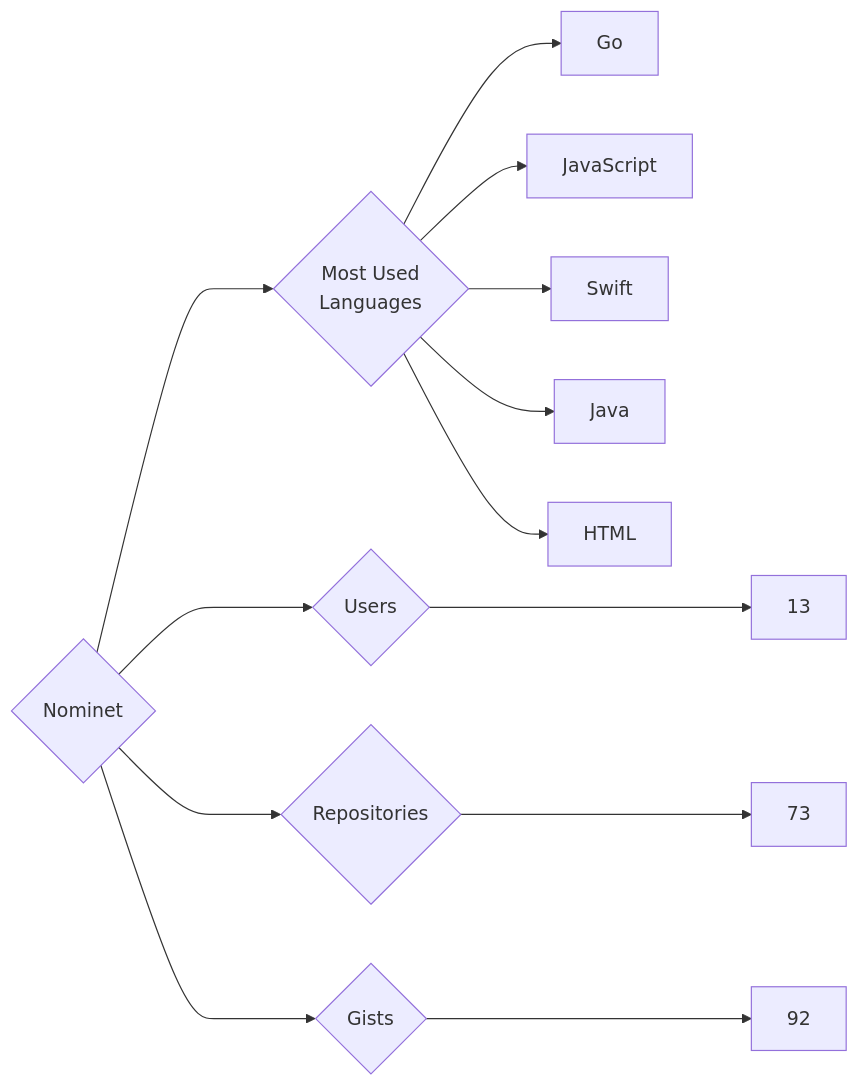
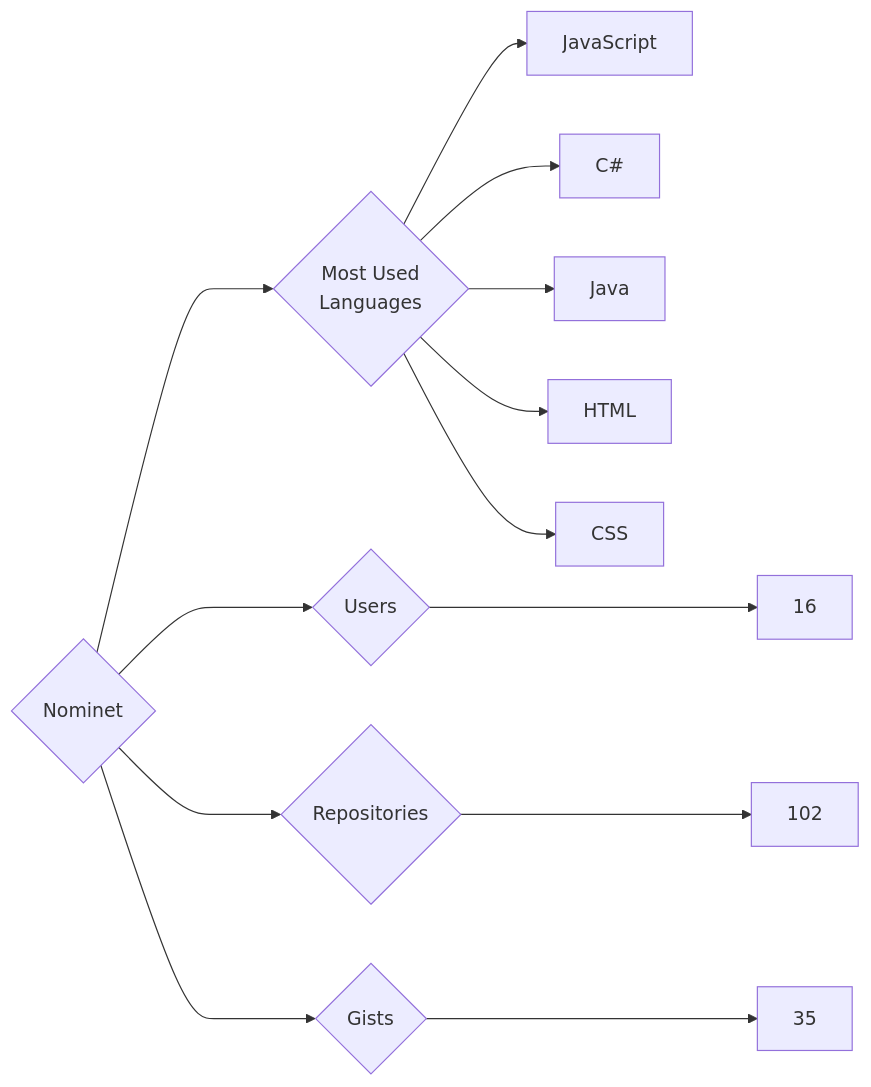
The diagram in targets/Nominet/README.md (trickest/insiders), drawn with Mermaid before and after one commit. The commit also changed 773 other files, not shown here.

````diff
--- a/targets/Nominet/README.md
+++ b/targets/Nominet/README.md
@@ -3,13 +3,13 @@
 ```mermaid
 graph LR
 COMPANY_NAME{Nominet}
-COMPANY_NAME ---> U{Users} ---> UN[13]
-COMPANY_NAME ---> R{Repositories} ---> RN[73]
-COMPANY_NAME ---> G{Gists} ---> GN[92]
+COMPANY_NAME ---> U{Users} ---> UN[16]
+COMPANY_NAME ---> R{Repositories} ---> RN[102]
+COMPANY_NAME ---> G{Gists} ---> GN[35]
 COMPANY_NAME ---> ML{Most Used<br>Languages}
-ML --> Go[Go]
 ML --> JavaScript[JavaScript]
-ML --> Swift[Swift]
+ML --> C#[C#]
 ML --> Java[Java]
 ML --> HTML[HTML]
+ML --> CSS[CSS]
 ```
````
